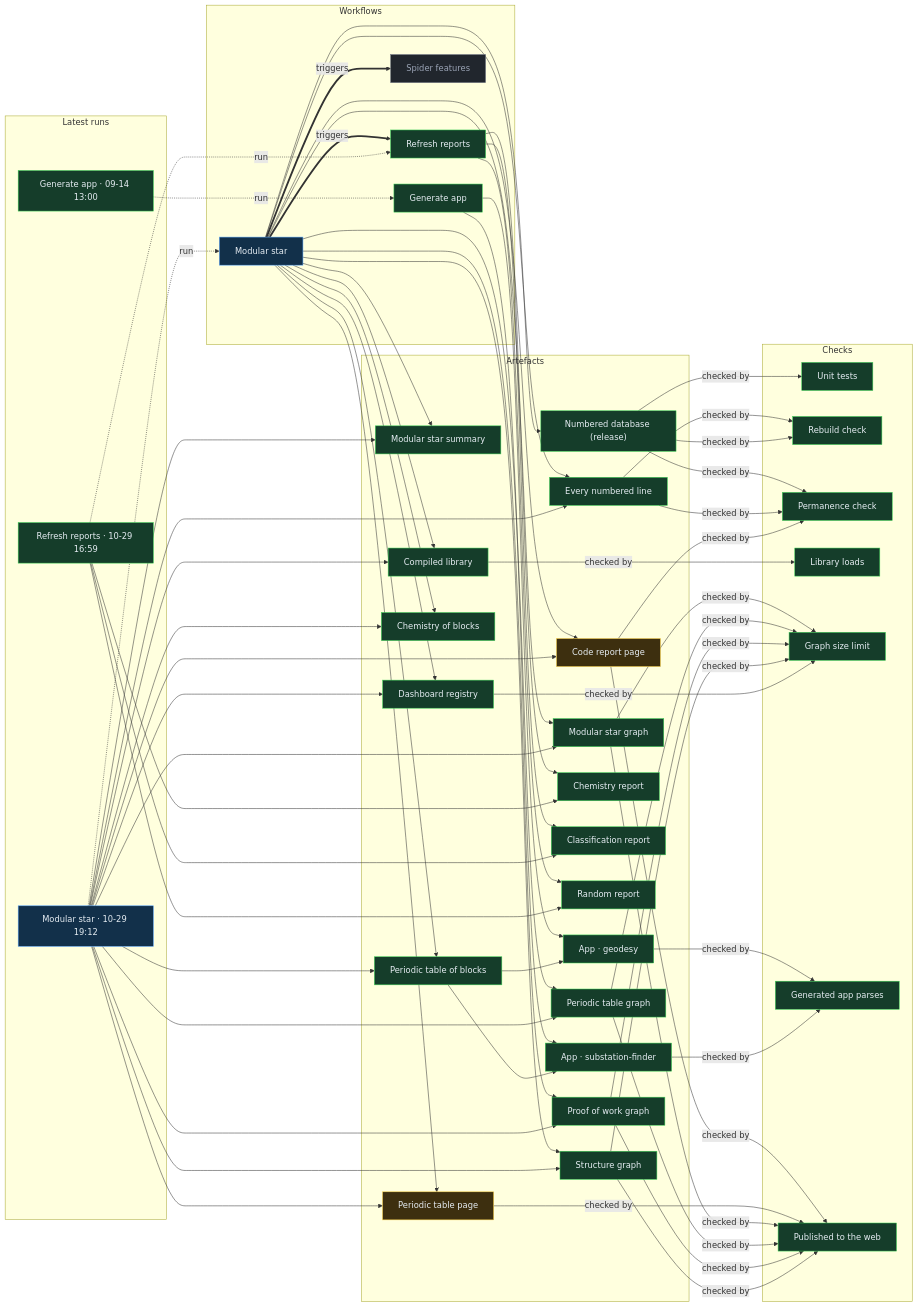
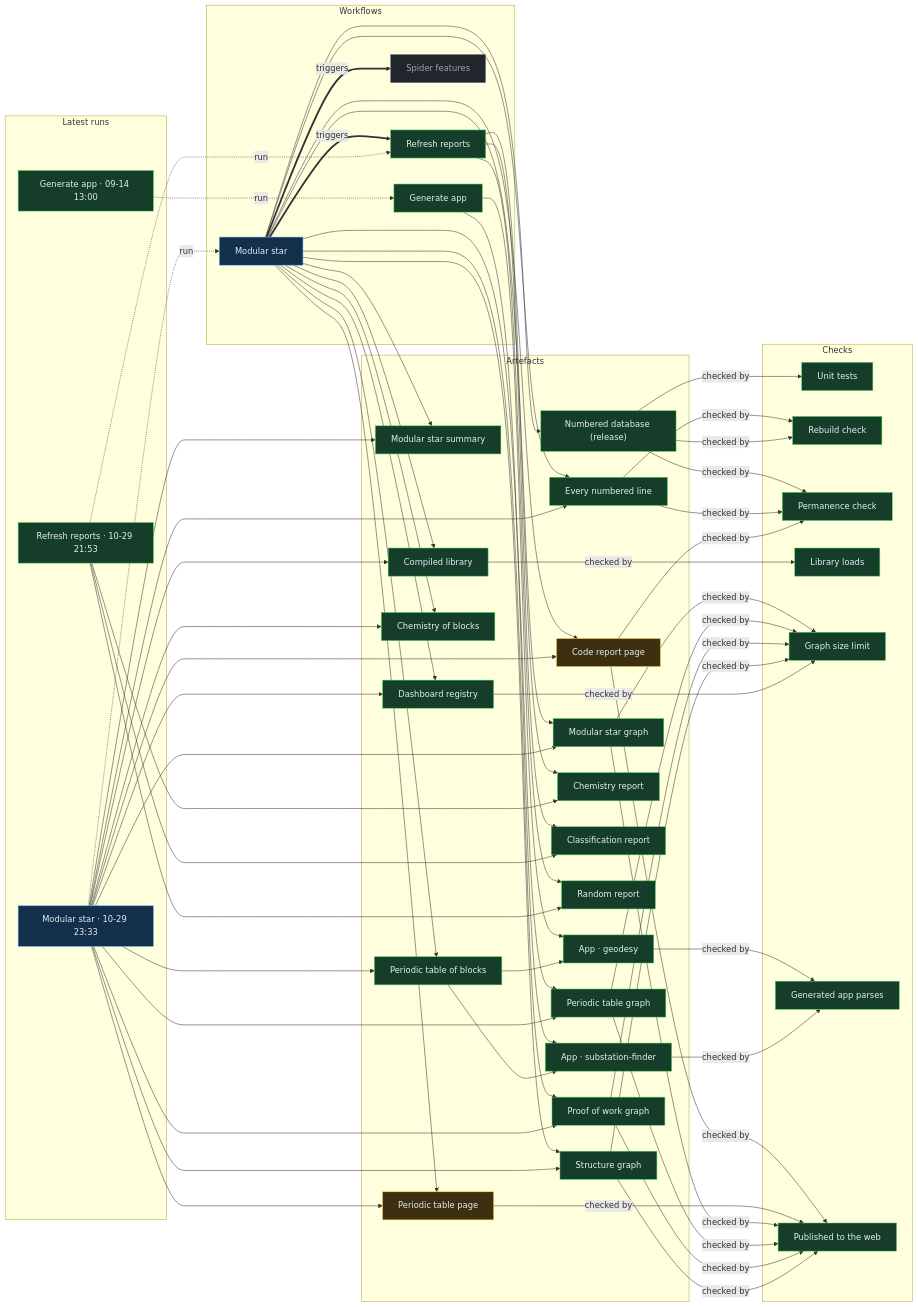
One commit to Ventusltd/stars changed the diagram in proof/PROOF.md. Above: the diagram before and after it, drawn with Mermaid. The commit also changed other lines of this file and 176 other files, not shown here.

Commit message:
Modular star 2026-10-29T23:35Z

```diff
--- a/proof/PROOF.md
+++ b/proof/PROOF.md
@@ -24,8 +24,8 @@
   n_wf_spider_features["Spider features"]:::off
   end
   subgraph g_runs["Latest runs"]
-  n_run_40937936804["Modular star · 10-29 19:12"]:::live
-  n_run_40916966307["Refresh reports · 10-29 16:59"]:::ok
+  n_run_40973902420["Modular star · 10-29 23:33"]:::live
+  n_run_40961524477["Refresh reports · 10-29 21:53"]:::ok
   n_run_34846587798["Generate app · 09-14 13:00"]:::ok
   end
   subgraph g_artefacts["Artefacts"]
@@ -59,39 +59,39 @@
   end
   n_wf_modular_star == triggers ==> n_wf_refresh
   n_wf_modular_star == triggers ==> n_wf_spider_features
-  n_run_40937936804 -. run .-> n_wf_modular_star
-  n_run_40916966307 -. run .-> n_wf_refresh
+  n_run_40973902420 -. run .-> n_wf_modular_star
+  n_run_40961524477 -. run .-> n_wf_refresh
   n_run_34846587798 -. run .-> n_wf_generate
   n_wf_modular_star --> n_art_summary
-  n_run_40937936804 --> n_art_summary
+  n_run_40973902420 --> n_art_summary
   n_wf_modular_star --> n_art_lines
-  n_run_40937936804 --> n_art_lines
+  n_run_40973902420 --> n_art_lines
   n_wf_modular_star --> n_art_code
-  n_run_40937936804 --> n_art_code
+  n_run_40973902420 --> n_art_code
   n_wf_modular_star --> n_art_modular_graph
-  n_run_40937936804 --> n_art_modular_graph
+  n_run_40973902420 --> n_art_modular_graph
   n_wf_modular_star --> n_art_blocks
-  n_run_40937936804 --> n_art_blocks
+  n_run_40973902420 --> n_art_blocks
   n_wf_modular_star --> n_art_table
-  n_run_40937936804 --> n_art_table
+  n_run_40973902420 --> n_art_table
   n_wf_modular_star --> n_art_blocks_graph
-  n_run_40937936804 --> n_art_blocks_graph
+  n_run_40973902420 --> n_art_blocks_graph
   n_wf_modular_star --> n_art_reactions
-  n_run_40937936804 --> n_art_reactions
+  n_run_40973902420 --> n_art_reactions
   n_wf_modular_star --> n_art_library
-  n_run_40937936804 --> n_art_library
+  n_run_40973902420 --> n_art_library
   n_wf_modular_star --> n_art_features
-  n_run_40937936804 --> n_art_features
+  n_run_40973902420 --> n_art_features
   n_wf_modular_star --> n_art_proof
-  n_run_40937936804 --> n_art_proof
+  n_run_40973902420 --> n_art_proof
   n_wf_modular_star --> n_art_structure
-  n_run_40937936804 --> n_art_structure
+  n_run_40973902420 --> n_art_structure
   n_wf_refresh --> n_art_chemistry
-  n_run_40916966307 --> n_art_chemistry
+  n_run_40961524477 --> n_art_chemistry
   n_wf_refresh --> n_art_vedic
-  n_run_40916966307 --> n_art_vedic
+  n_run_40961524477 --> n_art_vedic
   n_wf_refresh --> n_art_random
-  n_run_40916966307 --> n_art_random
+  n_run_40961524477 --> n_art_random
   n_wf_modular_star --> n_art_release
   n_wf_generate --> n_app_geodesy
   n_art_blocks --> n_app_geodesy
```
